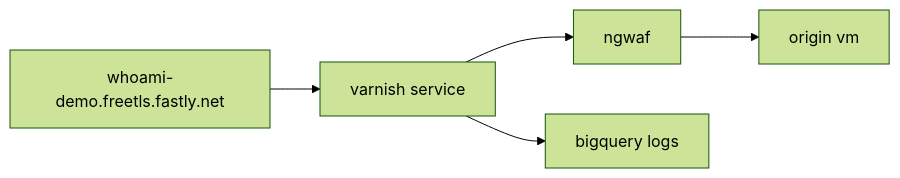
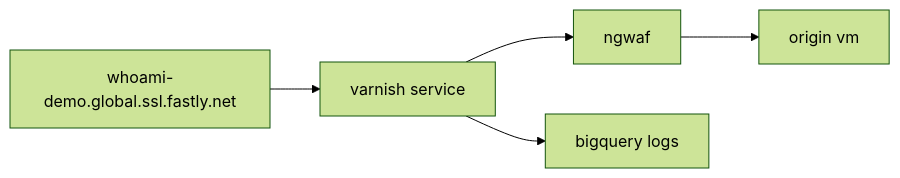
The second of 3 diagrams in README.md (jbartus/fastly-magento2-demo), drawn with Mermaid (forest theme) before and after one commit. The commit also changed other lines of this file and 2 other files, not shown here.

Commit message:
consistent url

````diff
--- a/README.md
+++ b/README.md
@@ -23,7 +23,7 @@
 ```mermaid
 flowchart LR
-  site[whoami-demo.freetls.fastly.net] --> varnish[varnish service]
+  site[whoami-demo.global.ssl.fastly.net] --> varnish[varnish service]
   varnish --> ngwaf
   ngwaf --> origin[origin vm]
   varnish --> bq[bigquery logs]
 ```
````
